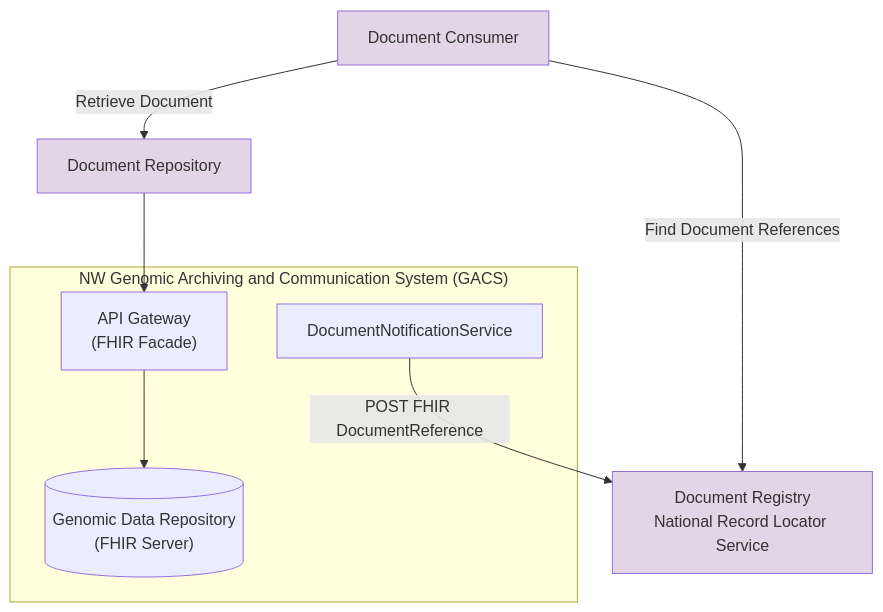
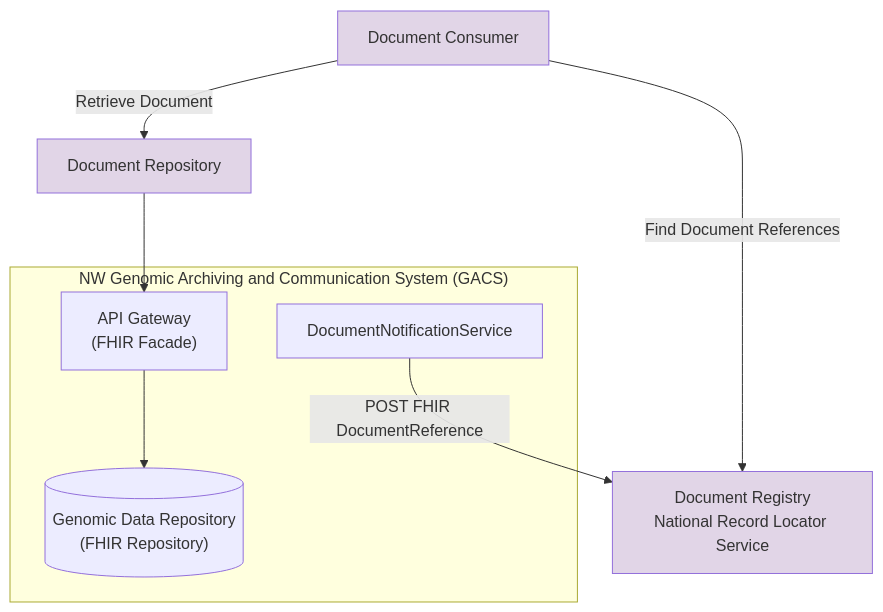
One commit to uk-gov-mirror/nw-gmsa.nw-gmsa.github.com changed the diagram in Design/phase2-enterprise-api-nrl.mermaid. Above: the diagram before and after it, drawn with Mermaid. The commit also changed 11 other files, not shown here.

```diff
--- a/Design/phase2-enterprise-api-nrl.mermaid
+++ b/Design/phase2-enterprise-api-nrl.mermaid
@@ -1,28 +1,28 @@
 graph TD
 
 DC["Document Consumer"]
 
 Registry[Document Registry<br/>National Record Locator Service]
 Repository[Document Repository]
 
 
 subgraph RIE["NW Genomic Archiving and Communication System (GACS)"];
-    GDR@{ shape: cyl, label: "Genomic Data Repository<br/>(FHIR Server)"}
+    GDR@{ shape: cyl, label: "Genomic Data Repository<br/>(FHIR Repository)"}
     DocumentNotificationService
 
     API["API Gateway<br/>(FHIR Facade)"]
     API --> GDR
 end
 
 DC --> |Find Document References| Registry
 DC --> |Retrieve Document| Repository
 
 Repository --> API
 
 DocumentNotificationService --> |POST FHIR DocumentReference| Registry
 
 classDef purple fill:#E1D5E7;
 classDef pink fill:#F8CECC;
 
 class DataRepository,DC,DC2,Registry,Repository purple;
 class DM,HL7UK pink;
```
